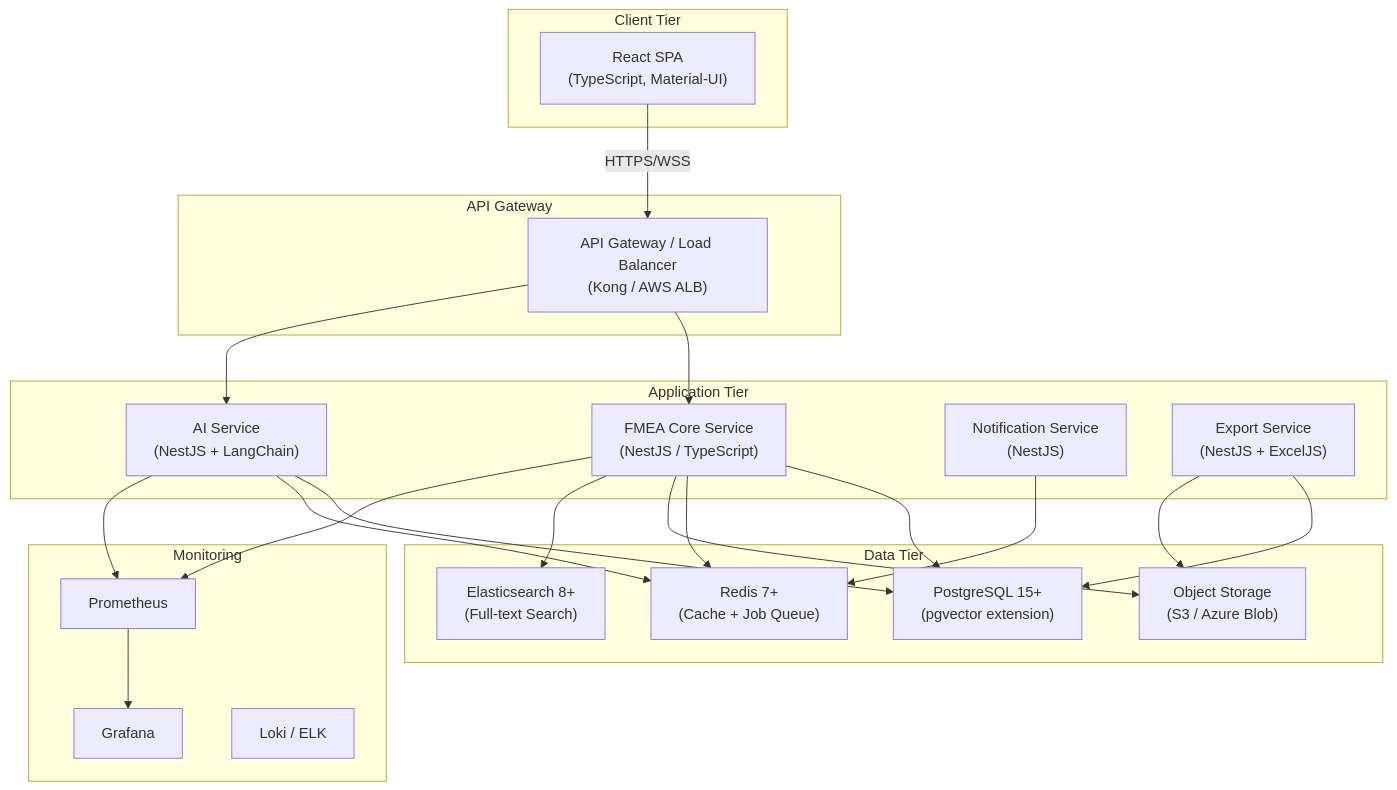
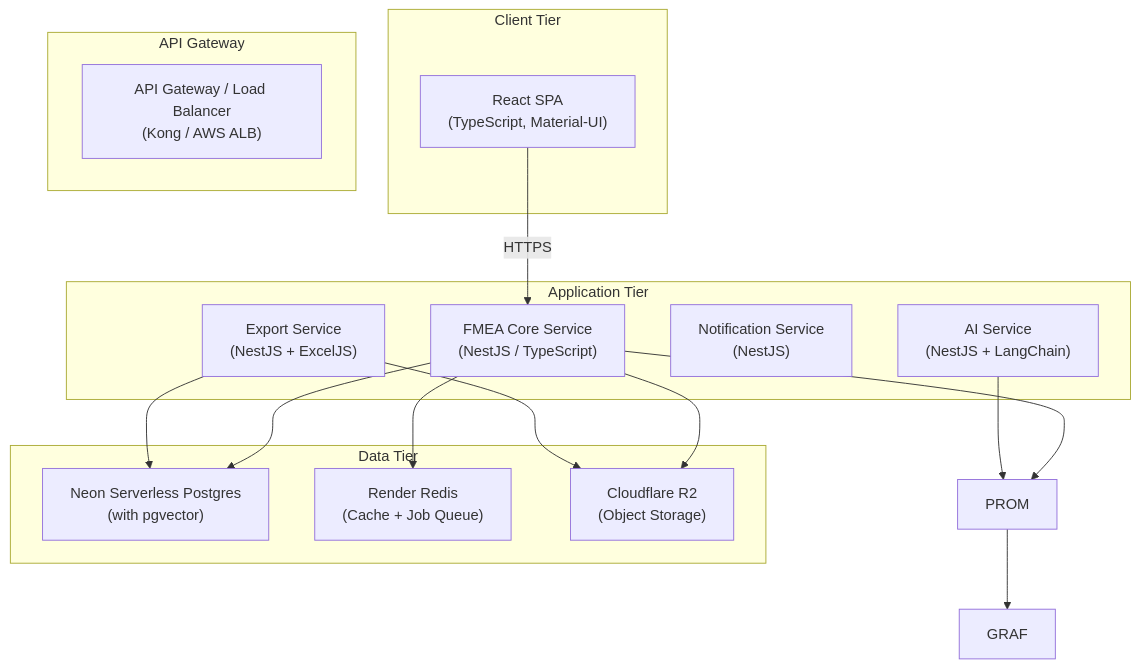
The third of 15 diagrams in docs/SAD-TDD-FMEA-Platform.md (lenvthank-source/fmea), drawn with Mermaid before and after one commit. The commit also changed other lines of this file and 22 other files, not shown here.

````diff
--- a/docs/SAD-TDD-FMEA-Platform.md
+++ b/docs/SAD-TDD-FMEA-Platform.md
@@ -256,46 +256,33 @@
 ```mermaid
 graph TB
     subgraph "Client Tier"
         SPA["React SPA<br/>(TypeScript, Material-UI)"]
     end
 
     subgraph "API Gateway"
         GW["API Gateway / Load Balancer<br/>(Kong / AWS ALB)"]
     end
 
     subgraph "Application Tier"
         CORE["FMEA Core Service<br/>(NestJS / TypeScript)"]
         AI_SVC["AI Service<br/>(NestJS + LangChain)"]
         NOTIFY["Notification Service<br/>(NestJS)"]
         EXPORT["Export Service<br/>(NestJS + ExcelJS)"]
     end
 
     subgraph "Data Tier"
-        PG["PostgreSQL 15+<br/>(pgvector extension)"]
-        REDIS["Redis 7+<br/>(Cache + Job Queue)"]
-        S3["Object Storage<br/>(S3 / Azure Blob)"]
-        ES["Elasticsearch 8+<br/>(Full-text Search)"]
+        PG["Neon Serverless Postgres<br/>(with pgvector)"]
+        REDIS["Render Redis<br/>(Cache + Job Queue)"]
+        R2["Cloudflare R2<br/>(Object Storage)"]
     end
 
-    subgraph "Monitoring"
-        PROM["Prometheus"]
-        GRAF["Grafana"]
-        LOKI["Loki / ELK"]
-    end
-
-    SPA -->|"HTTPS/WSS"| GW
-    GW --> CORE
-    GW --> AI_SVC
+    SPA -->|"HTTPS"| CORE
     CORE --> PG
     CORE --> REDIS
-    CORE --> S3
-    CORE --> ES
-    AI_SVC --> PG
-    AI_SVC --> REDIS
-    NOTIFY --> REDIS
+    CORE --> R2
     EXPORT --> PG
-    EXPORT --> S3
+    EXPORT --> R2
     CORE --> PROM
     AI_SVC --> PROM
     PROM --> GRAF
 ```
````
